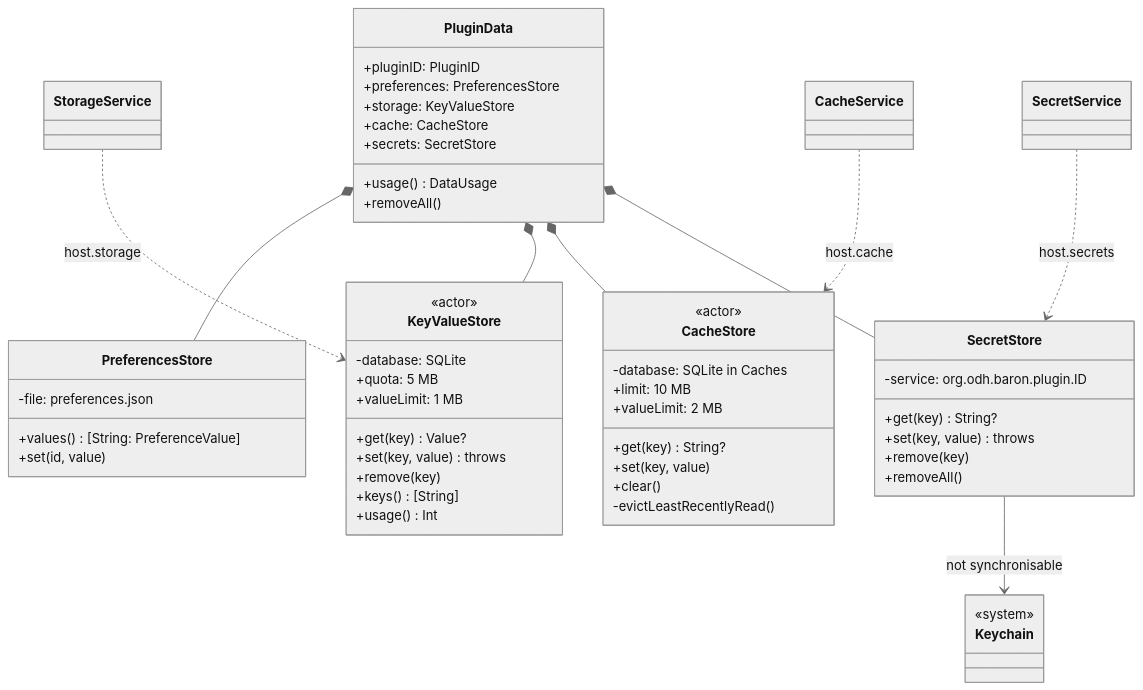
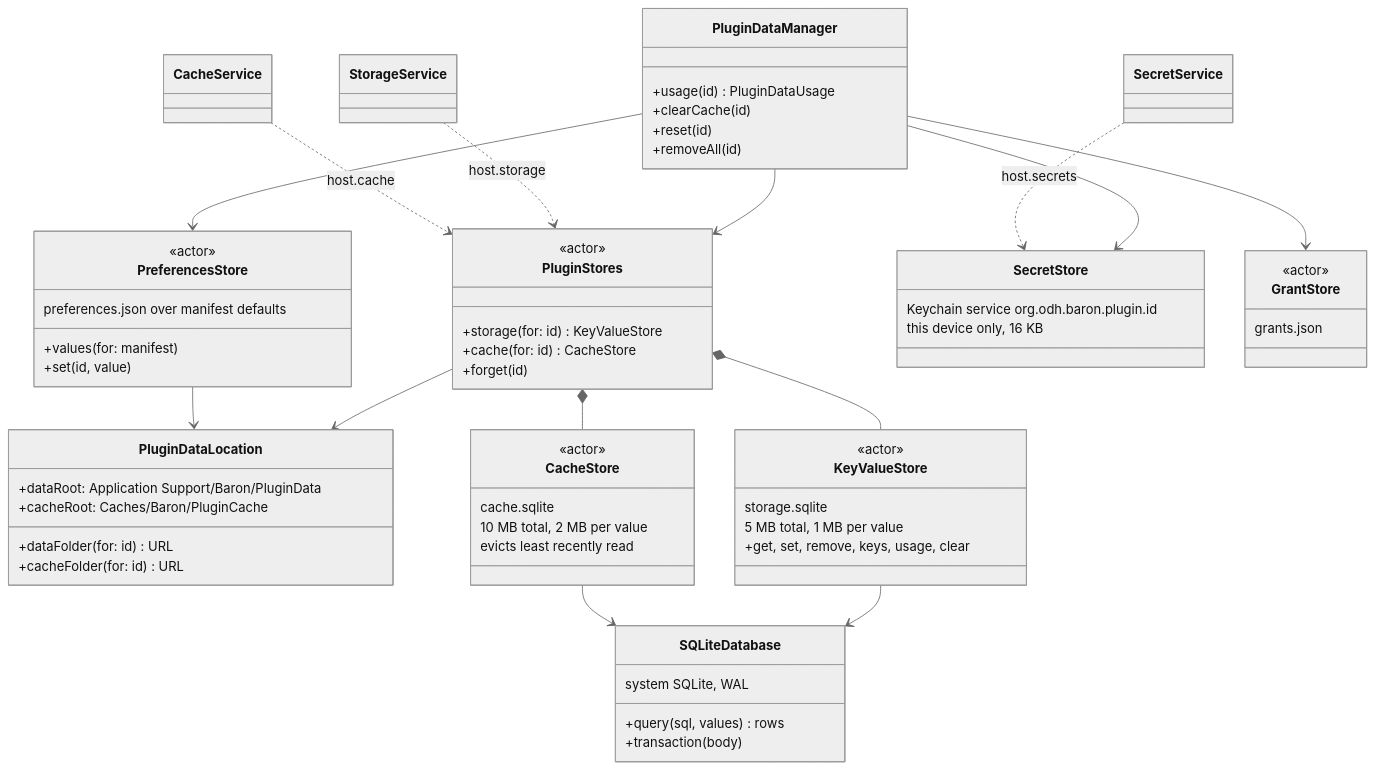
Before and after one commit to mx-in/ODH: the first of 2 diagrams in docs/design/plugin-platform/05-storage.md, drawn with Mermaid (neutral theme). The commit also changed other lines of this file and 2 other files, not shown here.

Commit message:
docs(design): draw storage and settings as built in task-007
Replace the planned UML in 05 and 06 with the stores, data manager and the
settings page as built, with a quota refusal and a note-type change; record
the tabs, search semantics of patterns, undefined for missing keys and the
required-field flow.

````diff
--- a/docs/design/plugin-platform/05-storage.md
+++ b/docs/design/plugin-platform/05-storage.md
@@ -55,56 +56,65 @@
 ```mermaid
 classDiagram
-  class PluginData {
-    +pluginID: PluginID
-    +preferences: PreferencesStore
-    +storage: KeyValueStore
-    +cache: CacheStore
-    +secrets: SecretStore
-    +usage() DataUsage
-    +removeAll()
+  class PluginDataLocation {
+    +dataRoot: Application Support/Baron/PluginData
+    +cacheRoot: Caches/Baron/PluginCache
+    +dataFolder(for: id) URL
+    +cacheFolder(for: id) URL
   }
-  class PreferencesStore {
-    -file: preferences.json
-    +values() [String: PreferenceValue]
-    +set(id, value)
+  class PluginStores {
+    <<actor>>
+    +storage(for: id) KeyValueStore
+    +cache(for: id) CacheStore
+    +forget(id)
   }
   class KeyValueStore {
     <<actor>>
-    -database: SQLite
-    +quota: 5 MB
-    +valueLimit: 1 MB
-    +get(key) Value?
-    +set(key, value) throws
-    +remove(key)
-    +keys() [String]
-    +usage() Int
+    storage.sqlite
+    5 MB total, 1 MB per value
+    +get, set, remove, keys, usage, clear
   }
   class CacheStore {
     <<actor>>
-    -database: SQLite in Caches
-    +limit: 10 MB
-    +valueLimit: 2 MB
-    +get(key) String?
-    +set(key, value)
-    +clear()
-    -evictLeastRecentlyRead()
+    cache.sqlite
+    10 MB total, 2 MB per value
+    evicts least recently read
+  }
+  class PreferencesStore {
+    <<actor>>
+    preferences.json over manifest defaults
+    +values(for: manifest)
+    +set(id, value)
   }
   class SecretStore {
-    -service: org.odh.baron.plugin.ID
-    +get(key) String?
-    +set(key, value) throws
-    +remove(key)
-    +removeAll()
+    Keychain service org.odh.baron.plugin.id
+    this device only, 16 KB
   }
-  class Keychain {
-    <<system>>
+  class GrantStore {
+    <<actor>>
+    grants.json
   }
-  PluginData *-- PreferencesStore
-  PluginData *-- KeyValueStore
-  PluginData *-- CacheStore
-  PluginData *-- SecretStore
-  SecretStore --> Keychain : not synchronisable
-  StorageService ..> KeyValueStore : host.storage
-  CacheService ..> CacheStore : host.cache
+  class PluginDataManager {
+    +usage(id) PluginDataUsage
+    +clearCache(id)
+    +reset(id)
+    +removeAll(id)
+  }
+  class SQLiteDatabase {
+    system SQLite, WAL
+    +query(sql, values) rows
+    +transaction(body)
+  }
+  PluginStores --> PluginDataLocation
+  PluginStores *-- KeyValueStore
+  PluginStores *-- CacheStore
+  KeyValueStore --> SQLiteDatabase
+  CacheStore --> SQLiteDatabase
+  PreferencesStore --> PluginDataLocation
+  PluginDataManager --> PluginStores
+  PluginDataManager --> PreferencesStore
+  PluginDataManager --> SecretStore
+  PluginDataManager --> GrantStore
+  StorageService ..> PluginStores : host.storage
+  CacheService ..> PluginStores : host.cache
   SecretService ..> SecretStore : host.secrets
 ```
````
